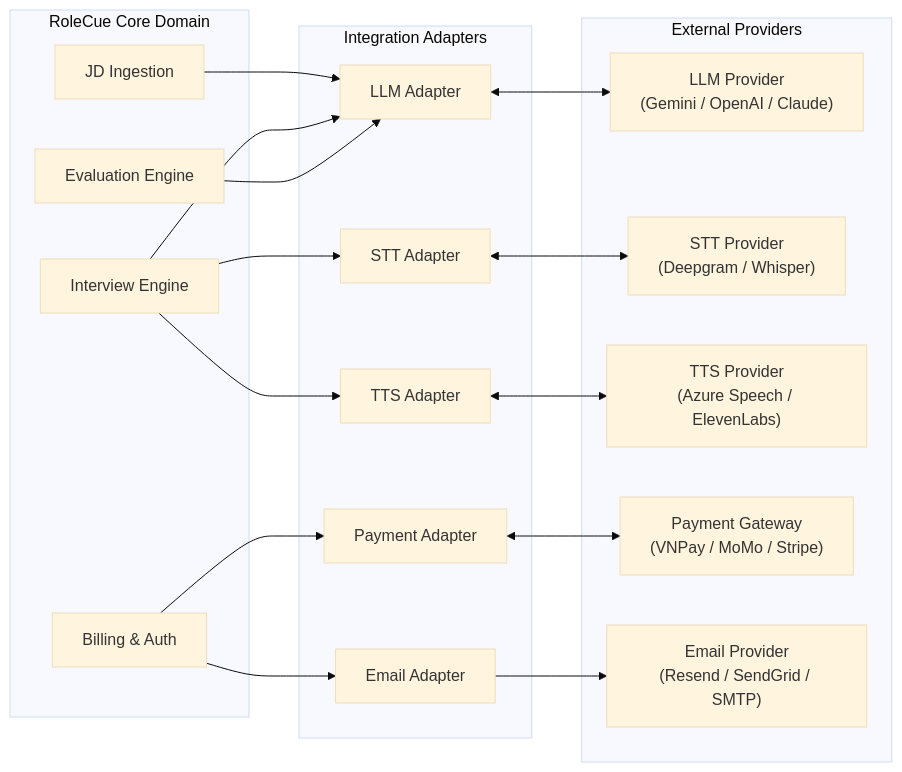
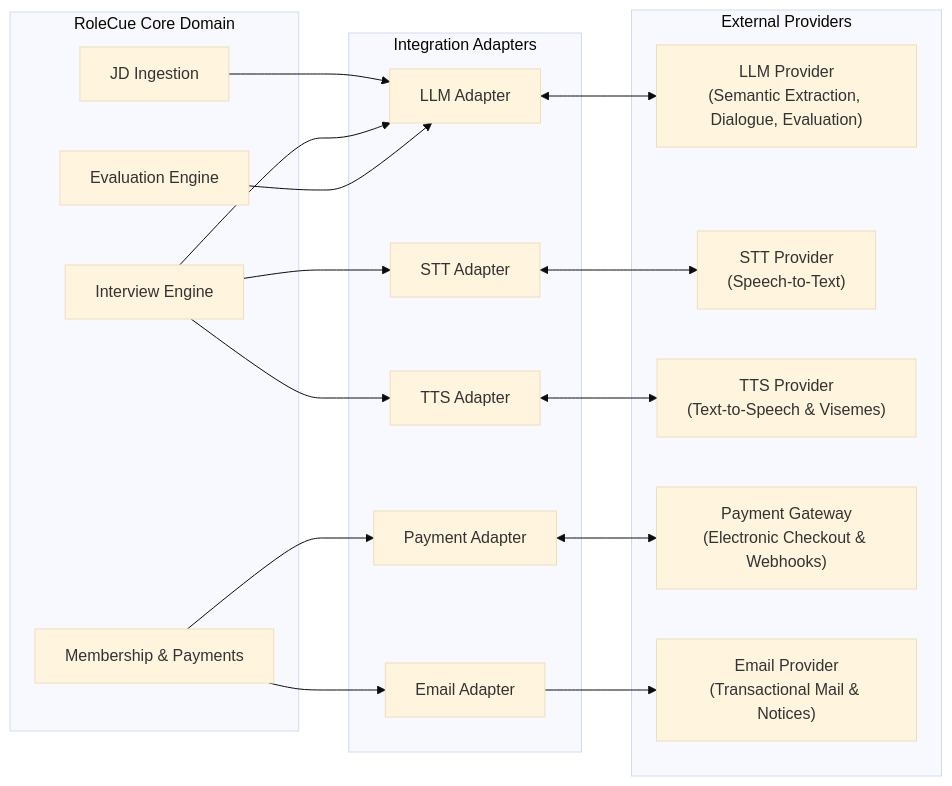
Before and after one commit to swp391-group3/ai-interview-practice-brain: the diagram in 02_System/Integrations.md, drawn with Mermaid (base theme). The commit also changed other lines of this file and 17 other files, not shown here.

````diff
--- a/02_System/Integrations.md
+++ b/02_System/Integrations.md
@@ -35,39 +35,39 @@
 ```mermaid
 flowchart LR
     subgraph Core["RoleCue Core Domain"]
         JD["JD Ingestion"]
         INT["Interview Engine"]
         EVAL["Evaluation Engine"]
-        BILL["Billing & Auth"]
+        BILL["Membership & Payments"]
     end
 
     subgraph Adapters["Integration Adapters"]
         A_LLM["LLM Adapter"]
         A_STT["STT Adapter"]
         A_TTS["TTS Adapter"]
         A_PAY["Payment Adapter"]
         A_MAIL["Email Adapter"]
     end
 
     subgraph Providers["External Providers"]
-        P_LLM["LLM Provider<br/>(Gemini / OpenAI / Claude)"]
-        P_STT["STT Provider<br/>(Deepgram / Whisper)"]
-        P_TTS["TTS Provider<br/>(Azure Speech / ElevenLabs)"]
-        P_PAY["Payment Gateway<br/>(VNPay / MoMo / Stripe)"]
-        P_MAIL["Email Provider<br/>(Resend / SendGrid / SMTP)"]
+        P_LLM["LLM Provider<br/>(Semantic Extraction, Dialogue, Evaluation)"]
+        P_STT["STT Provider<br/>(Speech-to-Text)"]
+        P_TTS["TTS Provider<br/>(Text-to-Speech & Visemes)"]
+        P_PAY["Payment Gateway<br/>(Electronic Checkout & Webhooks)"]
+        P_MAIL["Email Provider<br/>(Transactional Mail & Notices)"]
     end
 
     JD --> A_LLM
     INT --> A_LLM
     INT --> A_STT
     INT --> A_TTS
     EVAL --> A_LLM
     BILL --> A_PAY
     BILL --> A_MAIL
 
     A_LLM <--> P_LLM
     A_STT <--> P_STT
     A_TTS <--> P_TTS
     A_PAY <--> P_PAY
     A_MAIL --> P_MAIL
 ```
````
